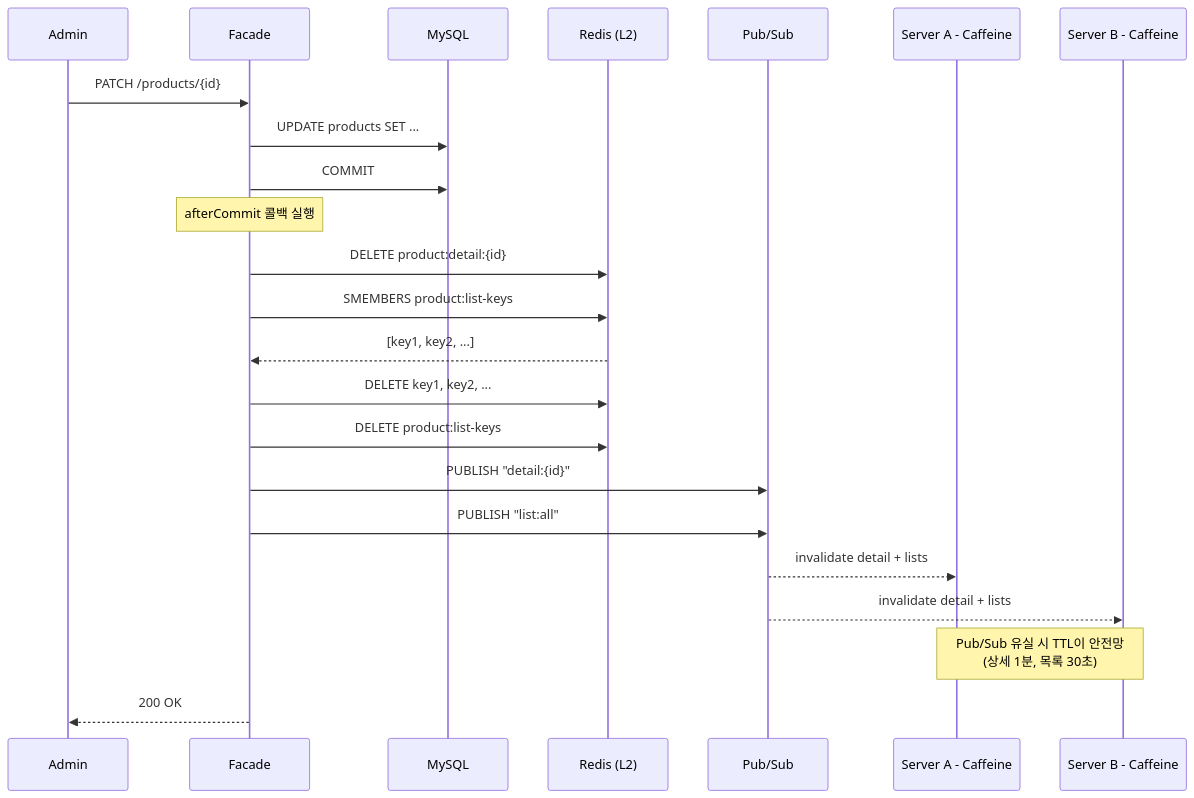
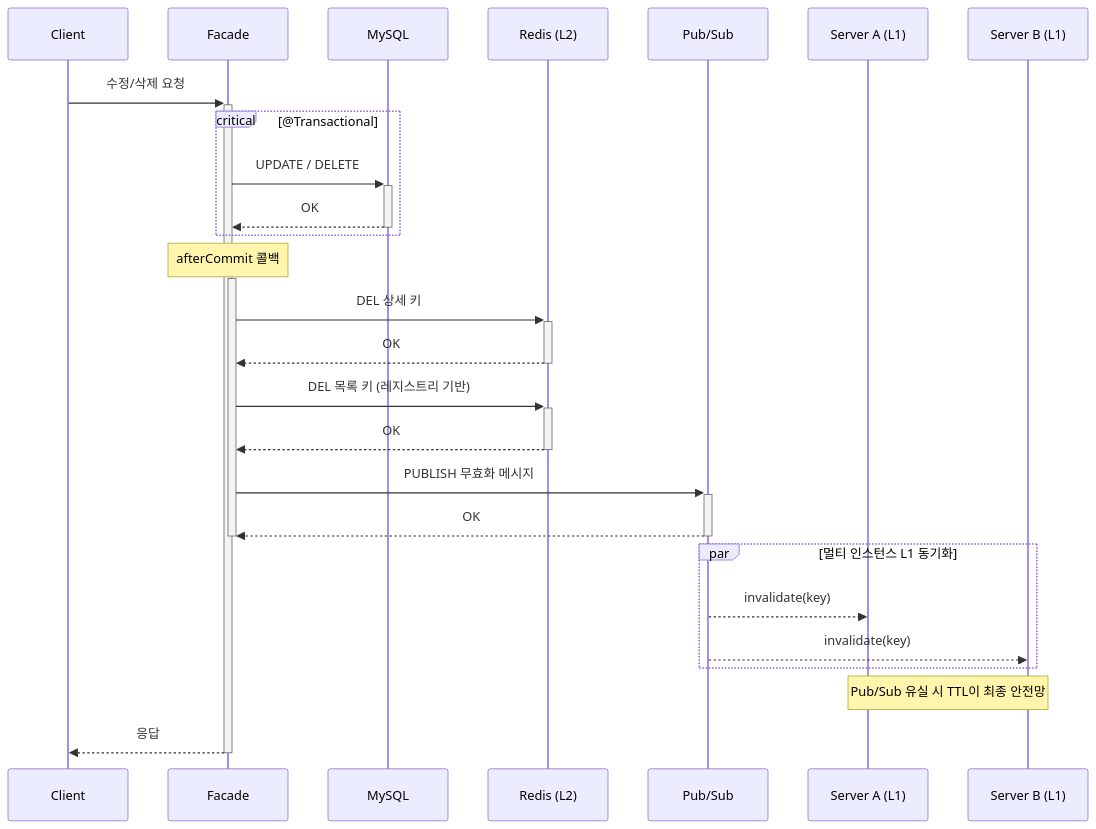
Before and after one commit to Loopers-dev-lab/loop-pack-be-l2-vol3-java: the second of 3 diagrams in docs/performance/product/cache-strategy.md, drawn with Mermaid. The commit also changed other lines of this file, not shown here.

Commit message:
docs: 캐시 시퀀스 다이어그램 UML 표준 준수 (activation bar, critical, par)

````diff
--- a/docs/performance/product/cache-strategy.md
+++ b/docs/performance/product/cache-strategy.md
@@ -381,31 +347,37 @@
 ```mermaid
 sequenceDiagram
-    participant Admin as Admin
+    participant C as Client
     participant F as Facade
     participant DB as MySQL
     participant L2 as Redis (L2)
     participant PS as Pub/Sub
-    participant L1a as Server A - Caffeine
-    participant L1b as Server B - Caffeine
+    participant L1a as Server A (L1)
+    participant L1b as Server B (L1)
 
-    Admin->>F: PATCH /products/{id}
-    F->>DB: UPDATE products SET ...
-    F->>DB: COMMIT
+    C->>+F: 수정/삭제 요청
 
-    Note over F: afterCommit 콜백 실행
+    critical @Transactional
+        F->>+DB: UPDATE / DELETE
+        DB-->>-F: OK
+    end
 
-    F->>L2: DELETE product:detail:{id}
-    F->>L2: SMEMBERS product:list-keys
-    L2-->>F: [key1, key2, ...]
-    F->>L2: DELETE key1, key2, ...
-    F->>L2: DELETE product:list-keys
+    Note over F: afterCommit 콜백
 
-    F->>PS: PUBLISH "detail:{id}"
-    F->>PS: PUBLISH "list:all"
-    PS-->>L1a: invalidate detail + lists
-    PS-->>L1b: invalidate detail + lists
+    activate F
+    F->>+L2: DEL 상세 키
+    L2-->>-F: OK
+    F->>+L2: DEL 목록 키 (레지스트리 기반)
+    L2-->>-F: OK
+    F->>+PS: PUBLISH 무효화 메시지
+    PS-->>-F: OK
+    deactivate F
 
-    Note over L1a,L1b: Pub/Sub 유실 시 TTL이 안전망<br/>(상세 1분, 목록 30초)
+    par 멀티 인스턴스 L1 동기화
+        PS-->>L1a: invalidate(key)
+        PS-->>L1b: invalidate(key)
+    end
 
-    F-->>Admin: 200 OK
+    Note over L1a,L1b: Pub/Sub 유실 시 TTL이 최종 안전망
+
+    F-->>-C: 응답
 ```
````
